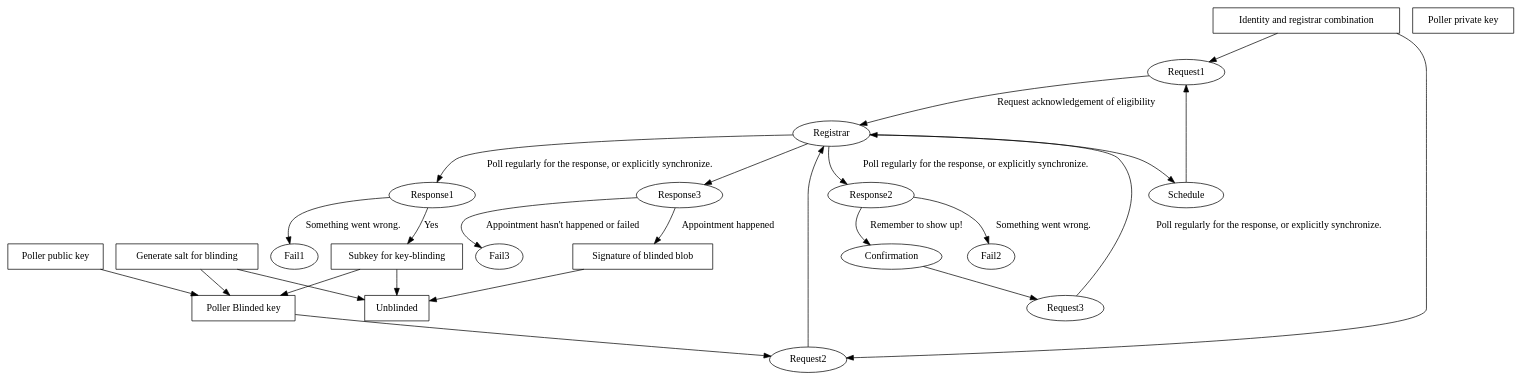
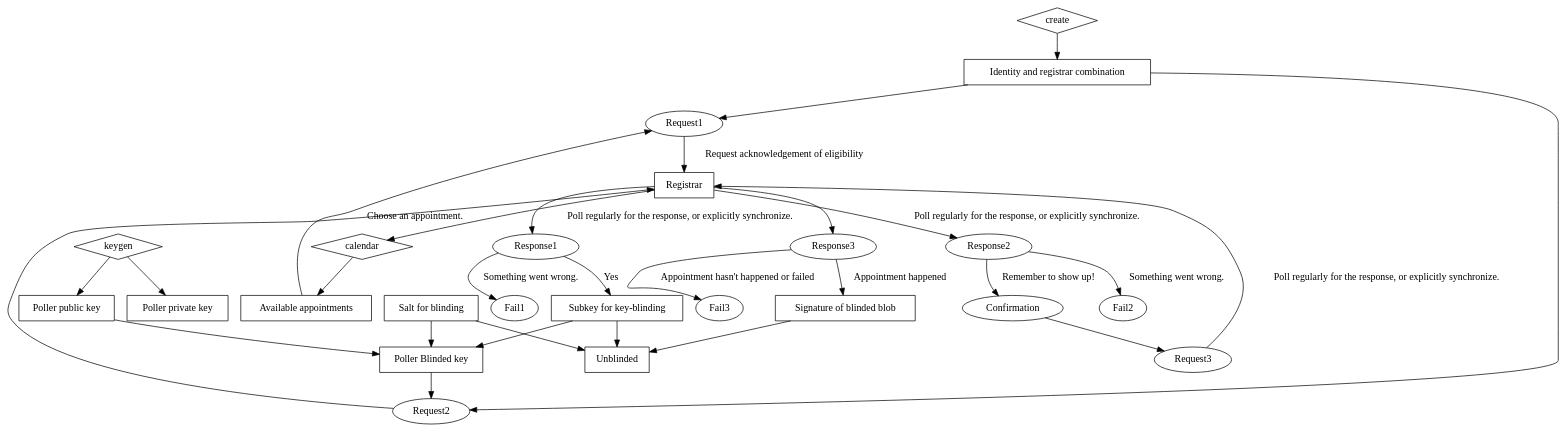
One commit to securepollingsystem/securepolling changed the diagram in doc/securepolling.dot. Above: the diagram before and after it, drawn with Graphviz. The commit also changed 1 other file, not shown here.

```diff
--- a/doc/securepolling.dot
+++ b/doc/securepolling.dot
@@ -1,43 +1,56 @@
 // Registrar process
 digraph {
   // Step 1
+  create [shape="diamond"]
   Identity [label="Identity and registrar combination" shape="box"]
+
+  create -> Identity
+
+  keygen [shape="diamond"]
   Public [label="Poller public key" shape="box"]
   Private [label="Poller private key" shape="box"]
 
+  keygen -> Public
+  keygen -> Private
+
+  calendar [shape="diamond"]
+  Appointments [label="Available appointments" shape="box"]
+  Registrar -> calendar -> Appointments
+
+  Appointments -> Request1 [label="Choose an appointment."]
   Identity -> Request1
-  Registrar -> Schedule -> Request1
   Request1 -> Registrar [label="Request acknowledgement of eligibility"]
 
   Registrar -> Response1 [label="Poll regularly for the response, or explicitly synchronize."]
   Response1 -> Subkey [label="Yes"]
   Response1 -> Fail1 [label="Something went wrong."]
 
   Subkey [label="Subkey for key-blinding" shape="box"]
-  Salt [label="Generate salt for blinding" shape="box"]
+  Salt [label="Salt for blinding" shape="box"]
 
   Blinded [label="Poller Blinded key" shape="box"]
   Subkey -> Blinded
   Salt -> Blinded
   Public -> Blinded
 
   Identity -> Request2
   Blinded  -> Request2 -> Registrar
   Registrar -> Response2 [label="Poll regularly for the response, or explicitly synchronize."]
   Response2 -> Confirmation [label="Remember to show up!"]
   Response2 -> Fail2 [label="Something went wrong."]
 
   // Step 2
   Confirmation -> Request3
   Request3 -> Registrar [label="Poll regularly for the response, or explicitly synchronize."]
   Registrar -> Response3
   Response3 -> SignedBlinded [label="Appointment happened"]
   Response3 -> Fail3 [label="Appointment hasn't happened or failed"]
   SignedBlinded [label="Signature of blinded blob" shape="box"]
 
   Salt -> Unblinded
   Subkey -> Unblinded
   SignedBlinded -> Unblinded
 
+  Registrar [shape="box"]
   Unblinded [shape="box"]
 }
```
